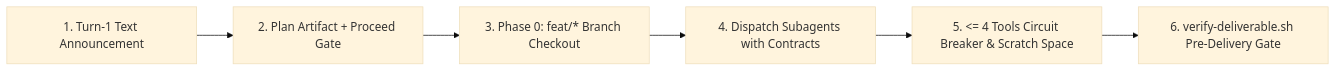
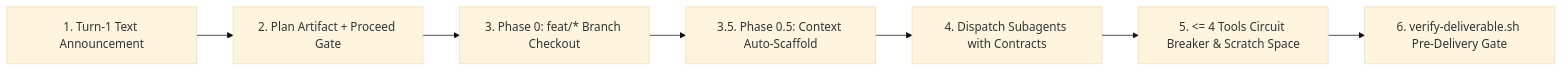
One commit to Iminluv/My-agent-workflow-playbook changed the diagram in README.md. Above: the diagram before and after it, drawn with Mermaid (base theme). The commit also changed other lines of this file and 5 other files, not shown here.

Commit message:
feat(scaffold): codify Phase 0.5 auto-detect context scaffold gate and multi-ecosystem engine

````diff
--- a/README.md
+++ b/README.md
@@ -140,8 +144,9 @@
 ```mermaid
 flowchart LR
     Step1["1. Turn-1 Text Announcement"] --> Step2["2. Plan Artifact + Proceed Gate"]
     Step2 --> Step3["3. Phase 0: feat/* Branch Checkout"]
-    Step3 --> Step4["4. Dispatch Subagents with Contracts"]
+    Step3 --> Step35["3.5. Phase 0.5: Context Auto-Scaffold"]
+    Step35 --> Step4["4. Dispatch Subagents with Contracts"]
     Step4 --> Step5["5. <= 4 Tools Circuit Breaker & Scratch Space"]
     Step5 --> Step6["6. verify-deliverable.sh Pre-Delivery Gate"]
 ```
````
